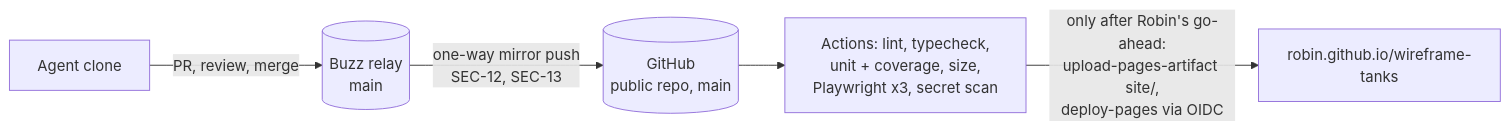
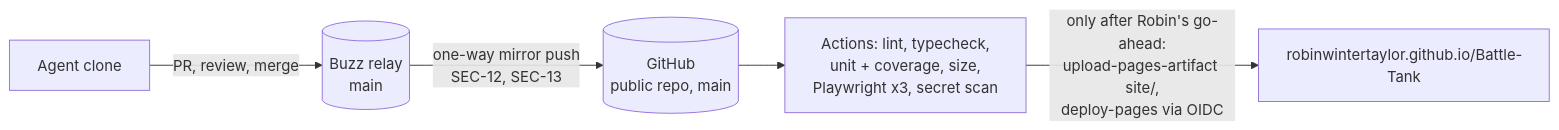
The fourth of 4 diagrams in docs/ARCHITECTURE.md (robinwintertaylor/Battle-Tank), drawn with Mermaid before and after one commit. The commit also changed other lines of this file, not shown here.

First line of the commit message:
Record jsconfig.node.json, @types/node and the Battle-Tank repo in ARCHITECTURE.md

````diff
--- a/docs/ARCHITECTURE.md
+++ b/docs/ARCHITECTURE.md
@@ -429,7 +431,7 @@
 ```mermaid
 flowchart LR
   Dev[Agent clone] -->|PR, review, merge| Relay[(Buzz relay<br/>main)]
   Relay -->|one-way mirror push<br/>SEC-12, SEC-13| GH[(GitHub<br/>public repo, main)]
   GH --> CI[Actions: lint, typecheck,<br/>unit + coverage, size,<br/>Playwright x3, secret scan]
-  CI -->|only after Robin's go-ahead:<br/>upload-pages-artifact site/,<br/>deploy-pages via OIDC| Pages[robin.github.io/wireframe-tanks]
+  CI -->|only after Robin's go-ahead:<br/>upload-pages-artifact site/,<br/>deploy-pages via OIDC| Pages[robinwintertaylor.github.io/Battle-Tank]
 ```
````
